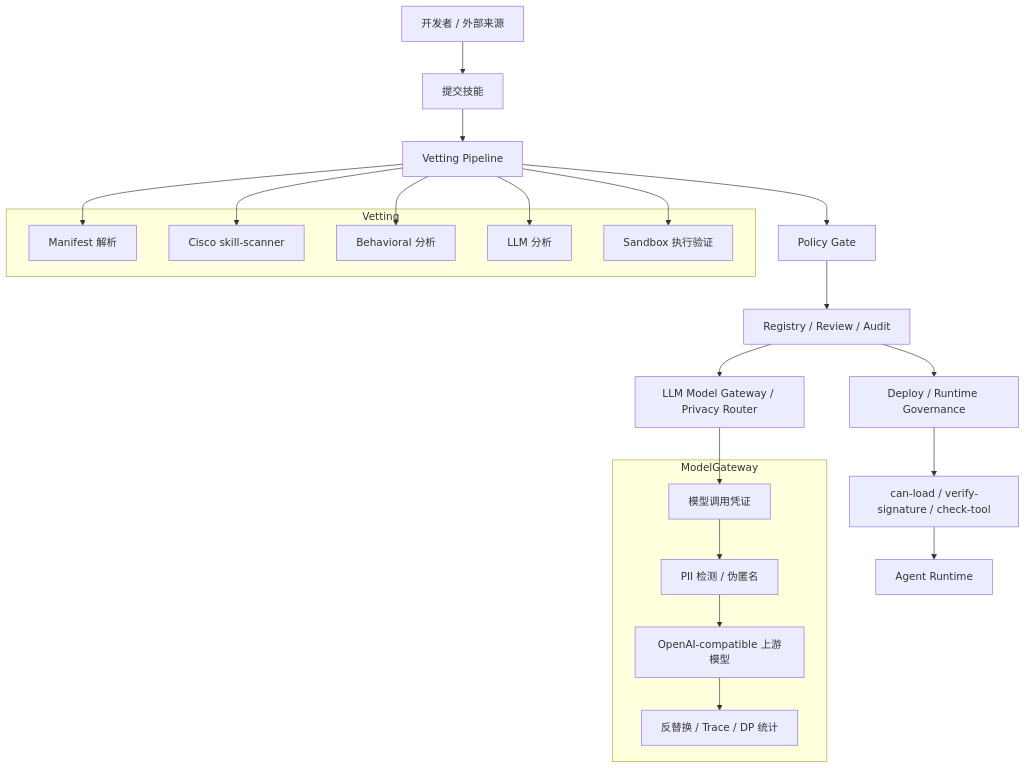
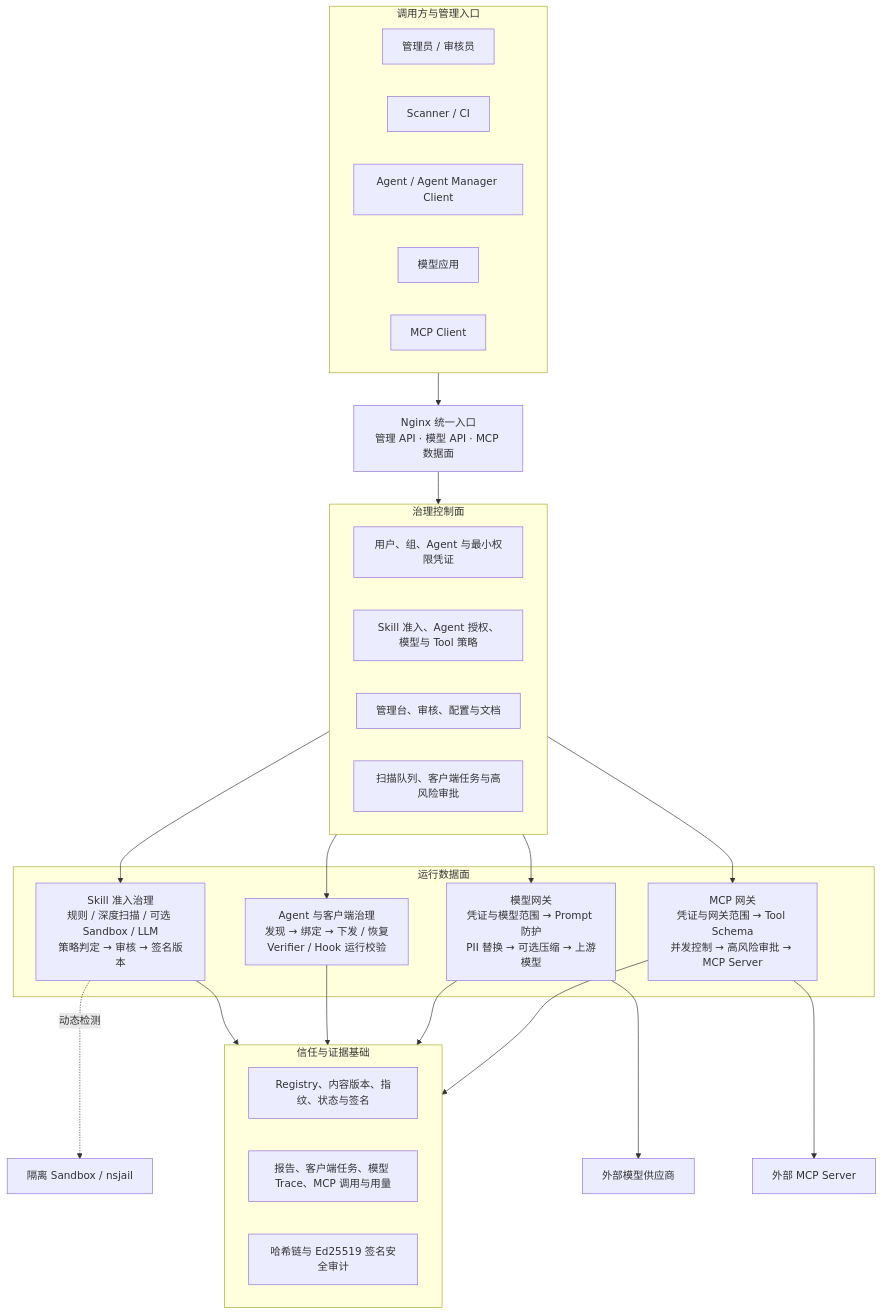
Before and after one commit to HuangLuGuang/skill-manager: the first of 5 diagrams in docs/project-guide.md, drawn with Mermaid. The commit also changed other lines of this file and 20 other files, not shown here.

Commit message:
Add governance scenario guides and MCP demo support

````diff
--- a/docs/project-guide.md
+++ b/docs/project-guide.md
@@ -164,35 +164,49 @@
 ```mermaid
 flowchart TB
-    U["开发者 / 外部来源"] --> S["提交技能"]
-    S --> V["Vetting Pipeline"]
-    V --> P["Policy Gate"]
-    P --> R["Registry / Review / Audit"]
-    R --> D["Deploy / Runtime Governance"]
-    R --> M["LLM Model Gateway / Privacy Router"]
-
-    subgraph Vetting
-      V1["Manifest 解析"]
-      V2["Cisco skill-scanner"]
-      V3["Behavioral 分析"]
-      V4["LLM 分析"]
-      V5["Sandbox 执行验证"]
+    subgraph Callers["调用方与管理入口"]
+      Admin["管理员 / 审核员"]
+      Scanner["Scanner / CI"]
+      Agent["Agent / Agent Manager Client"]
+      ModelApp["模型应用"]
+      McpClient["MCP Client"]
     end
 
-    V --> V1
-    V --> V2
-    V --> V3
-    V --> V4
-    V --> V5
+    Entry["Nginx 统一入口<br/>管理 API · 模型 API · MCP 数据面"]
+    Callers --> Entry
 
-    D --> G["can-load / verify-signature / check-tool"]
-    G --> A["Agent Runtime"]
+    subgraph Control["治理控制面"]
+      Identity["用户、组、Agent 与最小权限凭证"]
+      Policy["Skill 准入、Agent 授权、模型与 Tool 策略"]
+      Console["管理台、审核、配置与文档"]
+      Tasks["扫描队列、客户端任务与高风险审批"]
+    end
+    Entry --> Control
 
-    subgraph ModelGateway
-      M1["模型调用凭证"]
-      M2["PII 检测 / 伪匿名"]
-      M3["OpenAI-compatible 上游模型"]
-      M4["反替换 / Trace / DP 统计"]
+    subgraph Runtime["运行数据面"]
+      Skill["Skill 准入治理<br/>规则 / 深度扫描 / 可选 Sandbox / LLM<br/>策略判定 → 审核 → 签名版本"]
+      Client["Agent 与客户端治理<br/>发现 → 绑定 → 下发 / 恢复<br/>Verifier / Hook 运行校验"]
+      Model["模型网关<br/>凭证与模型范围 → Prompt 防护<br/>PII 替换 → 可选压缩 → 上游模型"]
+      MCP["MCP 网关<br/>凭证与网关范围 → Tool Schema<br/>并发控制 → 高风险审批 → MCP Server"]
     end
+    Control --> Skill
+    Control --> Client
+    Control --> Model
+    Control --> MCP
 
-    M --> M1 --> M2 --> M3 --> M4
+    Sandbox["隔离 Sandbox / nsjail"]
+    Upstream["外部模型供应商"]
+    Servers["外部 MCP Server"]
+    Skill -. "动态检测" .-> Sandbox
+    Model --> Upstream
+    MCP --> Servers
+
+    subgraph Evidence["信任与证据基础"]
+      Registry["Registry、内容版本、指纹、状态与签名"]
+      Trace["报告、客户端任务、模型 Trace、MCP 调用与用量"]
+      Audit["哈希链与 Ed25519 签名安全审计"]
+    end
+    Skill --> Evidence
+    Client --> Evidence
+    Model --> Evidence
+    MCP --> Evidence
 ```
````
